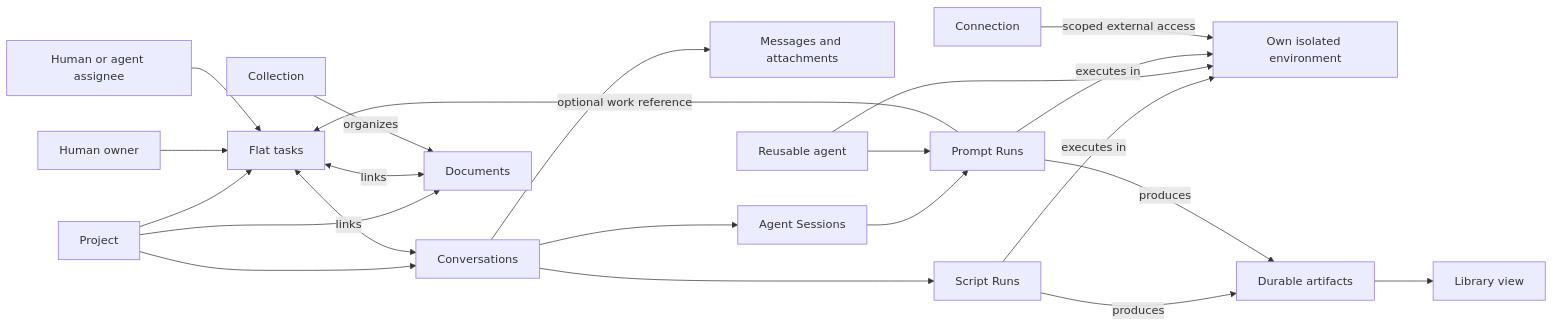
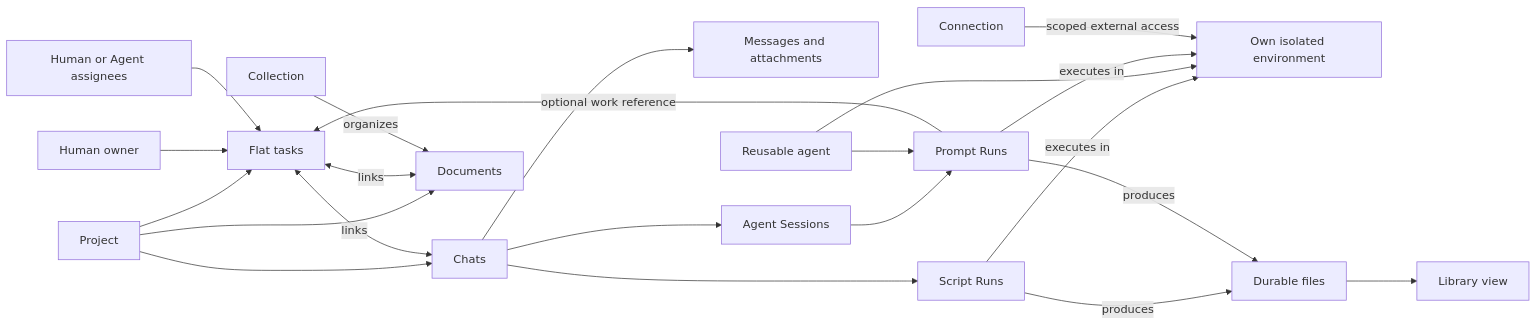
One commit to hellogafaro/otto changed the first of 10 diagrams in docs/otto/plan.md. Above: the diagram before and after it, drawn with Mermaid. The commit also changed other lines of this file and 174 other files, not shown here.

````diff
--- a/docs/otto/plan.md
+++ b/docs/otto/plan.md
@@ -39,24 +39,24 @@
 ```mermaid
 flowchart LR
   P[Project] --> T[Flat tasks]
-  P --> C[Conversations]
+  P --> C[Chats]
   P --> D[Documents]
   H[Human owner] --> T
-  A[Human or agent assignee] --> T
+  A[Human or Agent assignees] --> T
   T <-->|links| C
   T <-->|links| D
   K[Collection] -->|organizes| D
   C --> M[Messages and attachments]
   C --> S[Agent Sessions]
   S --> R[Prompt Runs]
   C --> X[Script Runs]
   X -->|executes in| E
   X -->|produces| F
   G[Reusable agent] --> R
   G --> E[Own isolated environment]
   R -->|executes in| E
   Q[Connection] -->|scoped external access| E
-  R -->|produces| F[Durable artifacts]
+  R -->|produces| F[Durable files]
   F --> L[Library view]
   R -->|optional work reference| T
 ```
````
